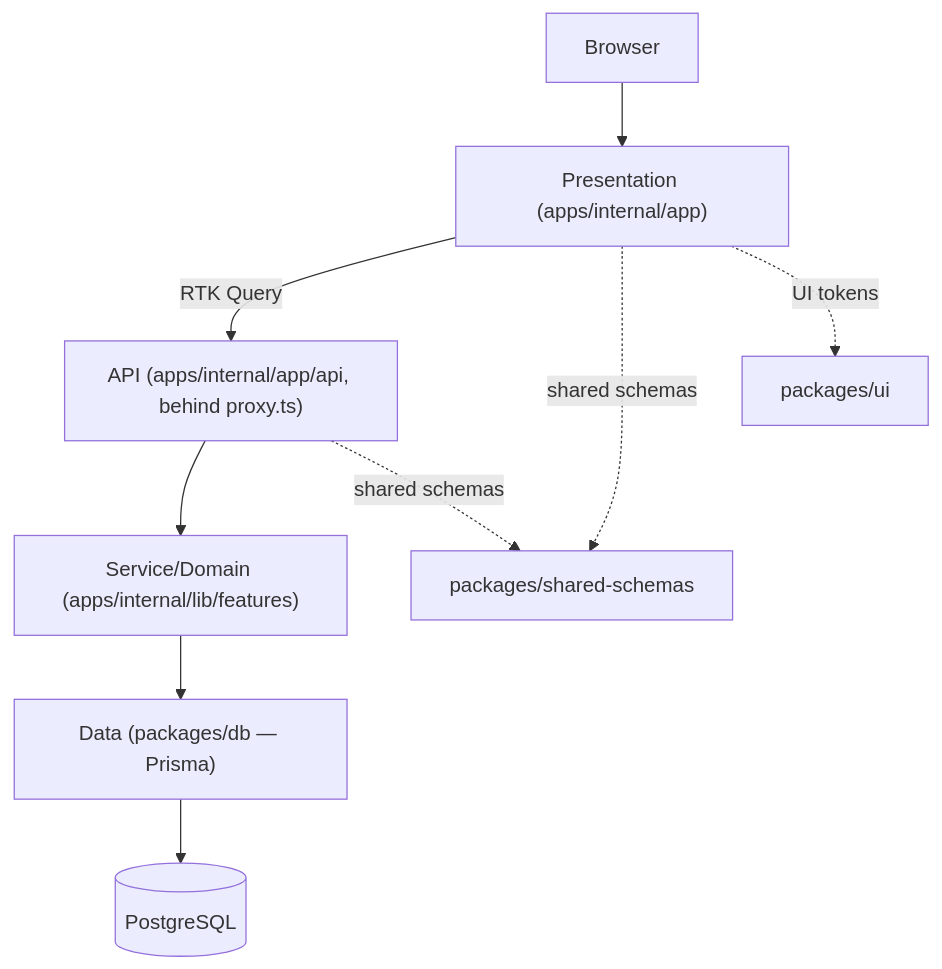
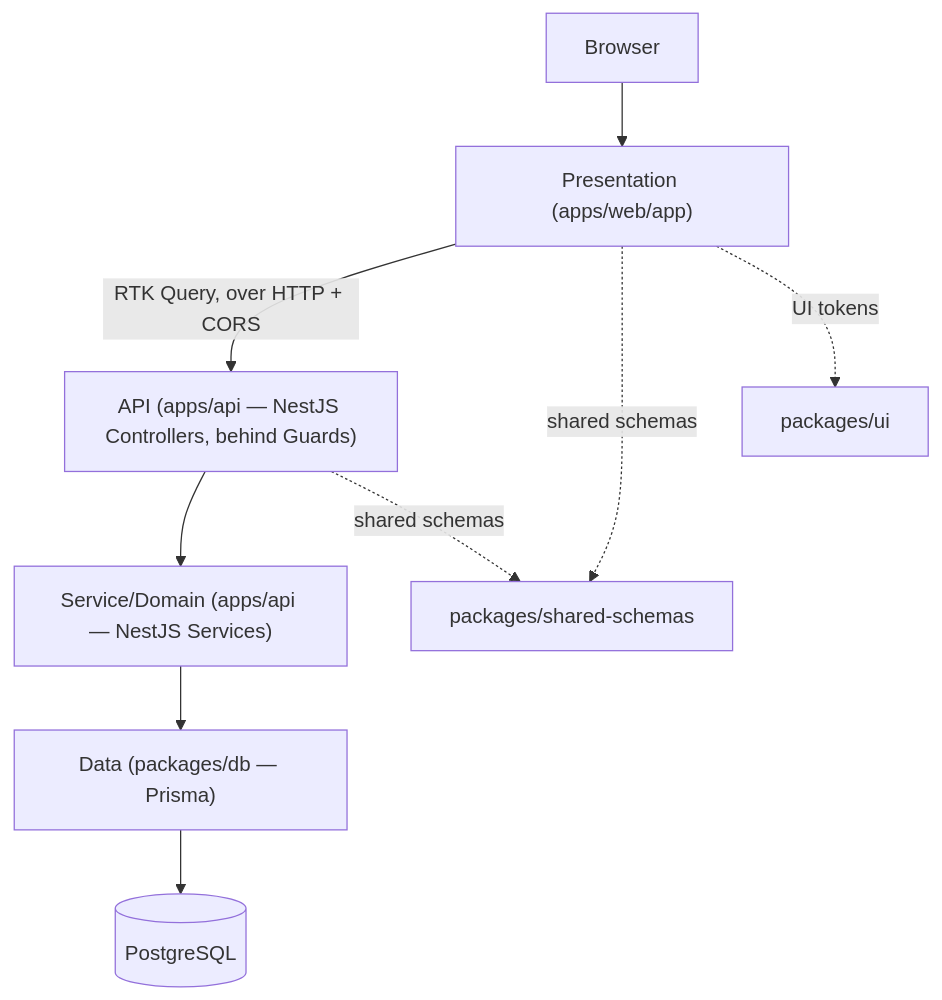
One commit to meanochi/contact-management changed the first of 2 diagrams in _bmad-output/planning-artifacts/architecture/architecture-contact-management-2026-09-15/ARCHITECTURE-SPINE.md. Above: the diagram before and after it, drawn with Mermaid. The commit also changed other lines of this file and 10 other files, not shown here.

````diff
--- a/_bmad-output/planning-artifacts/architecture/architecture-contact-management-2026-09-15/ARCHITECTURE-SPINE.md
+++ b/_bmad-output/planning-artifacts/architecture/architecture-contact-management-2026-09-15/ARCHITECTURE-SPINE.md
@@ -35,11 +35,11 @@
 ```mermaid
 graph TD
-  Browser --> Presentation["Presentation (apps/internal/app)"]
-  Presentation -->|RTK Query| API["API (apps/internal/app/api, behind proxy.ts)"]
-  API --> Service["Service/Domain (apps/internal/lib/features)"]
+  Browser --> Presentation["Presentation (apps/web/app)"]
+  Presentation -->|"RTK Query, over HTTP + CORS"| API["API (apps/api — NestJS Controllers, behind Guards)"]
+  API --> Service["Service/Domain (apps/api — NestJS Services)"]
   Service --> Data["Data (packages/db — Prisma)"]
   Data --> Postgres[(PostgreSQL)]
   Presentation -.->|"shared schemas"| Shared["packages/shared-schemas"]
   API -.->|"shared schemas"| Shared
   Presentation -.->|"UI tokens"| UI["packages/ui"]
 ```
````
